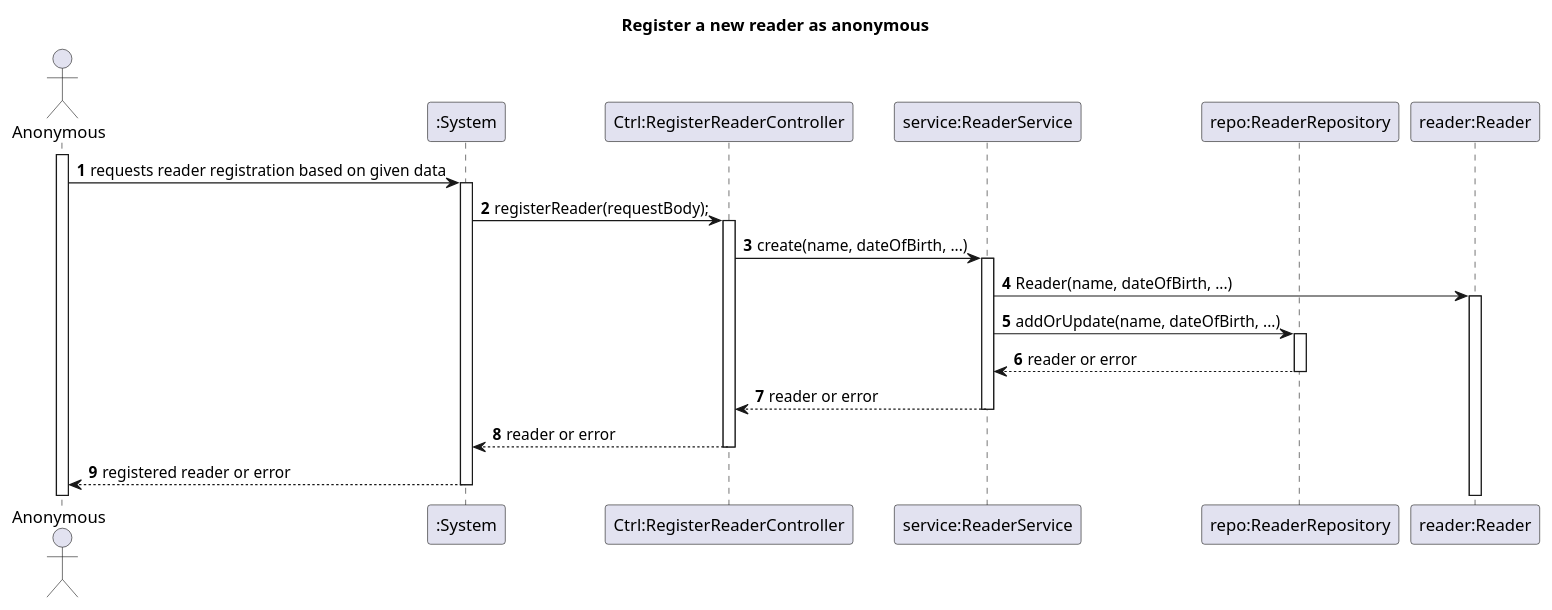
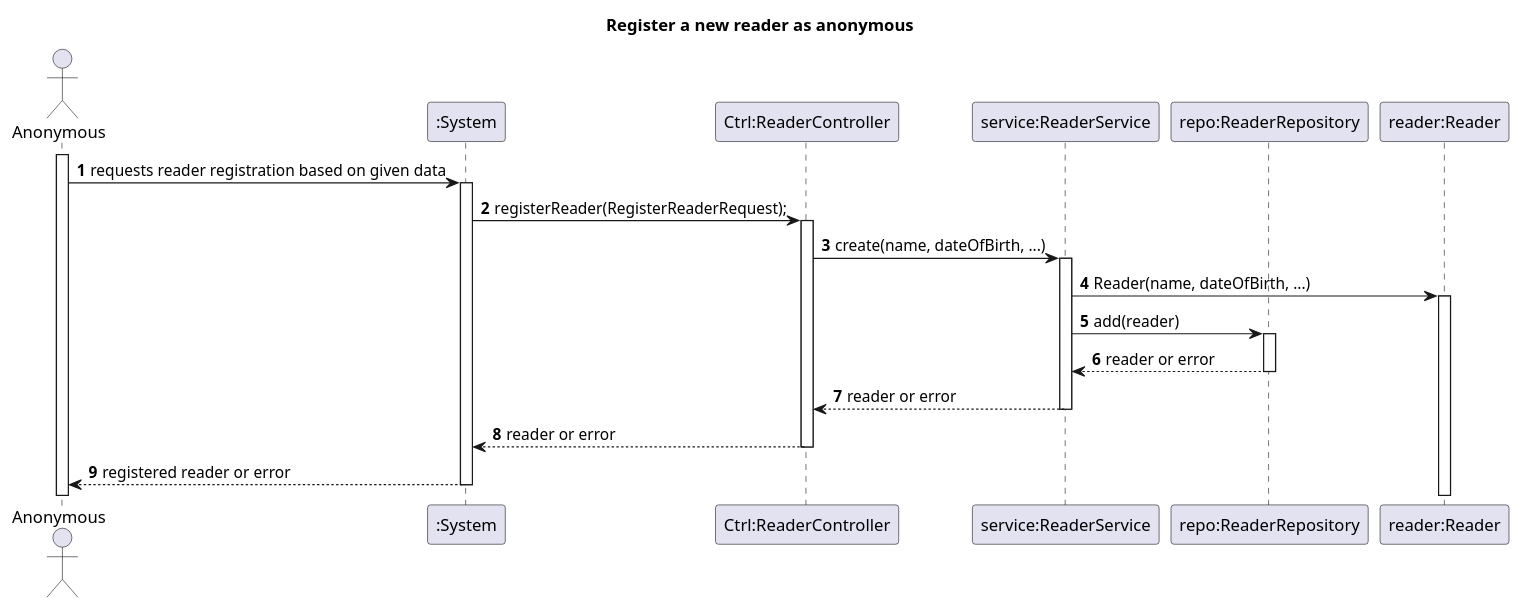
Before and after one commit to rutemf/1220944_1220772_G01: the diagram in Docs/Phase1/WP3A-Readers/Ph1-11-RegisterReader/SD.puml, drawn with PlantUML.

Commit message:
Mismatch add repo method arguments

```diff
--- a/Docs/Phase1/WP3A-Readers/Ph1-11-RegisterReader/SD.puml
+++ b/Docs/Phase1/WP3A-Readers/Ph1-11-RegisterReader/SD.puml
@@ -1,29 +1,29 @@
 @startuml
 'https://plantuml.com/sequence-diagram
 autoactivate on
 autonumber
 
 title Register a new reader as anonymous
 
 actor "Anonymous" as User
 participant ":System" as System
-participant "Ctrl:RegisterReaderController" as Ctrl
+participant "Ctrl:ReaderController" as Ctrl
 participant "service:ReaderService" as Service
 participant "repo:ReaderRepository" as Repo
 participant "reader:Reader" as Reader
 
 activate User
 
 User -> System: requests reader registration based on given data
 
-System -> Ctrl: registerReader(requestBody);
+System -> Ctrl: registerReader(RegisterReaderRequest);
 
 Ctrl -> Service: create(name, dateOfBirth, ...)
 Service -> Reader: Reader(name, dateOfBirth, ...)
-Service -> Repo: addOrUpdate(name, dateOfBirth, ...)
+Service -> Repo: add(reader)
 Repo --> Service: reader or error
 Service --> Ctrl: reader or error
 Ctrl --> System: reader or error
 System --> User: registered reader or error
 
 @enduml
```
